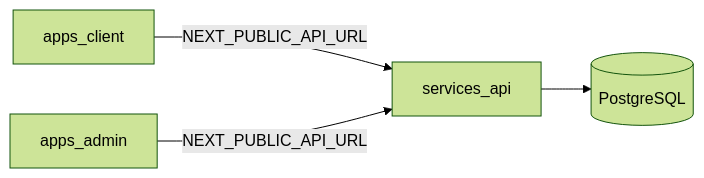
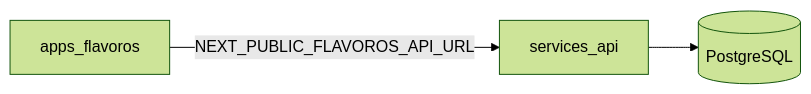
The diagram in README.md (mbiv33/FlavorOS_1.5), drawn with Mermaid (forest theme) before and after one commit. The commit also changed other lines of this file and 20 other files, not shown here.

Commit message:
Finalize removal of apps/client, confirming apps/flavoros as the sole source of truth. Cleaned up related workspace scripts and ensured consistency with Next.js versioning.

````diff
--- a/README.md
+++ b/README.md
@@ -17,6 +16,5 @@
 ```mermaid
 flowchart LR
-  Client[apps_client] -->|"NEXT_PUBLIC_API_URL"| API[services_api]
-  Admin[apps_admin] -->|"NEXT_PUBLIC_API_URL"| API
+  App[apps_flavoros] -->|"NEXT_PUBLIC_FLAVOROS_API_URL"| API[services_api]
   API --> PG[(PostgreSQL)]
 ```
````
